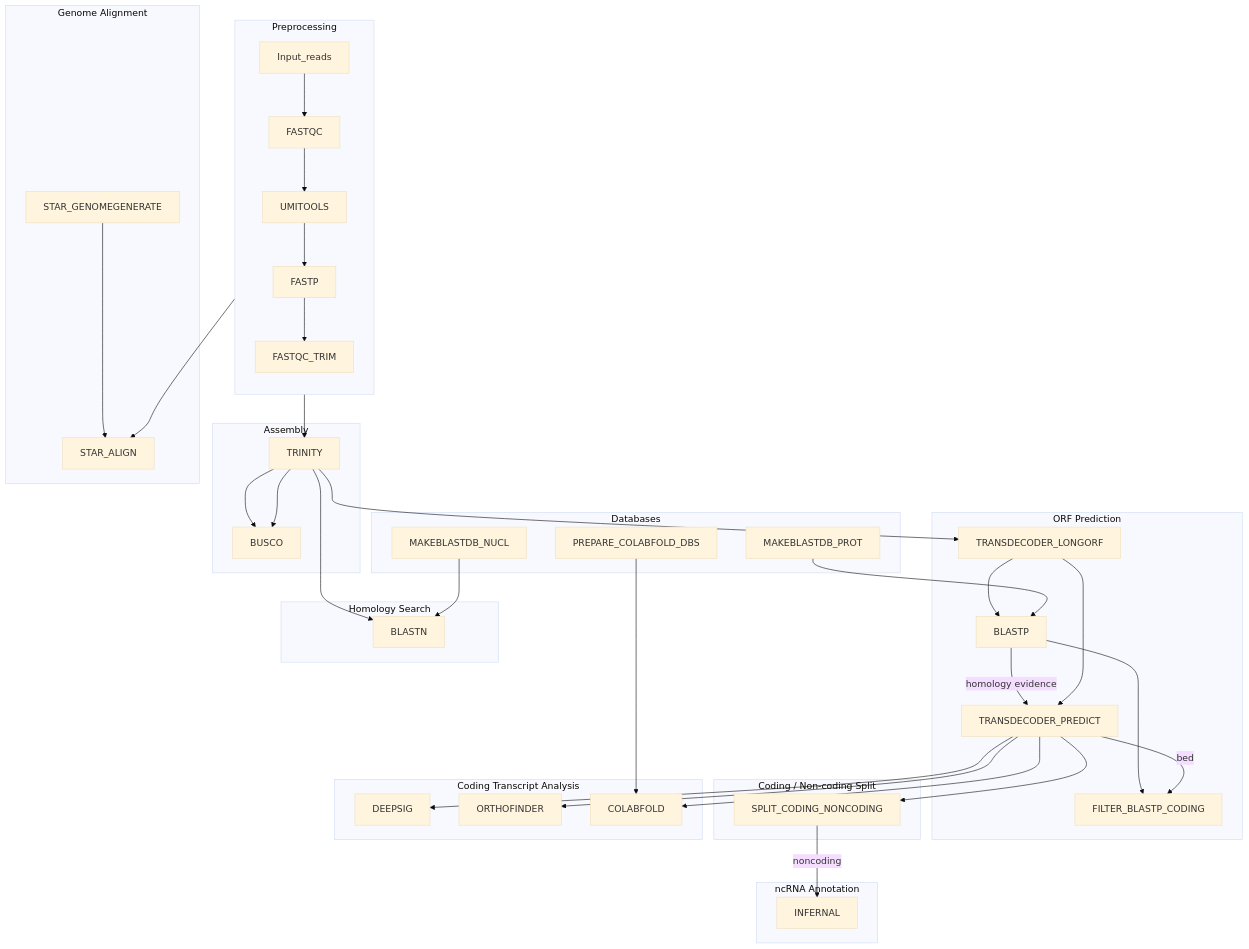
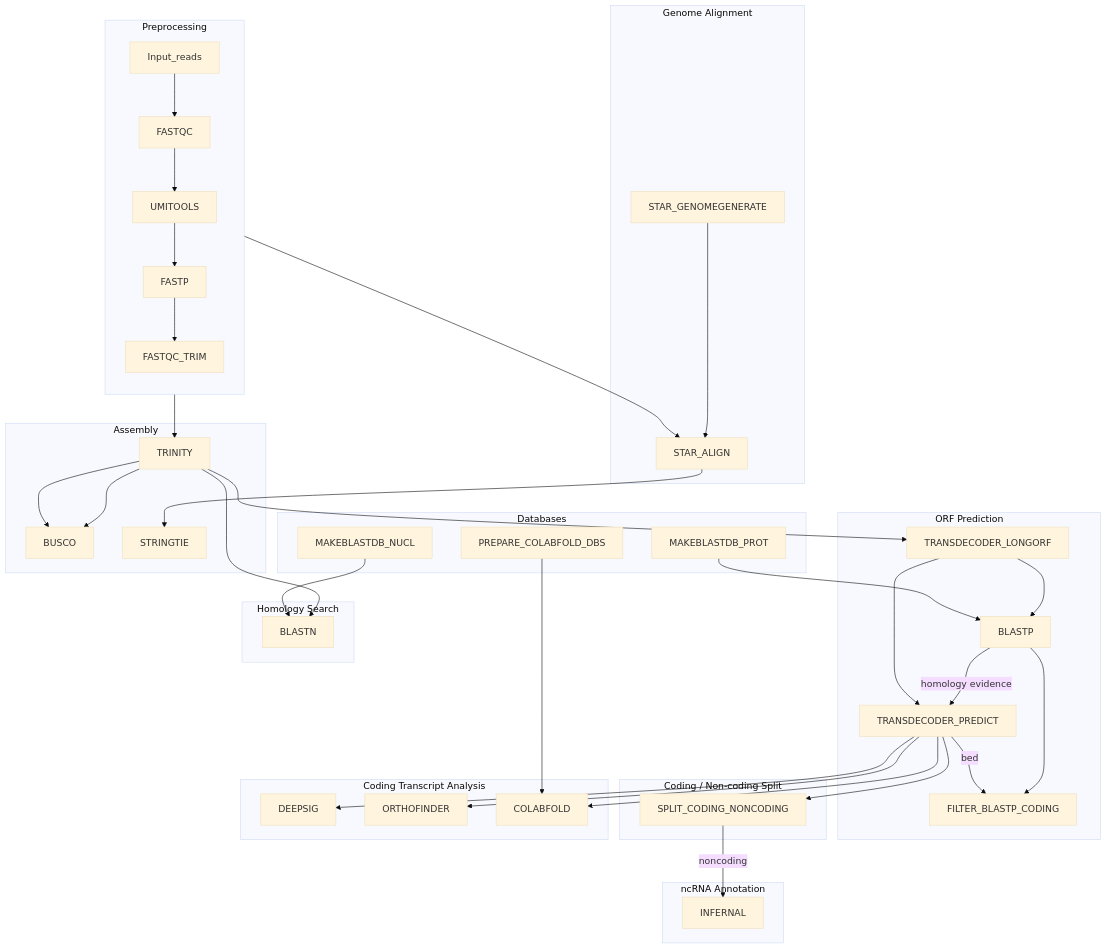
Before and after one commit to EPegueroS/transcriptassembler: the diagram in README.md, drawn with Mermaid (base theme).

Commit message:
included stringtie in pipeline diagram

````diff
--- a/README.md
+++ b/README.md
@@ -22,69 +22,71 @@
 ```mermaid
 graph TD;
     subgraph PRE["Preprocessing"]
         direction TB
         Input_reads --> FASTQC --> UMITOOLS --> FASTP --> FASTQC_TRIM
     end
 
     subgraph ASSEMBLY["Assembly"]
         TRINITY
         BUSCO
+        STRINGTIE
         TRINITY --> BUSCO
     end
 
     subgraph ORF["ORF Prediction"]
         TRANSDECODER_LONGORF --> BLASTP
         BLASTP -->|homology evidence| TRANSDECODER_PREDICT
         TRANSDECODER_LONGORF --> TRANSDECODER_PREDICT
         BLASTP --> FILTER_BLASTP_CODING
         TRANSDECODER_PREDICT -->|bed| FILTER_BLASTP_CODING
     end
 
     subgraph SPLIT["Coding / Non-coding Split"]
         SPLIT_CODING_NONCODING
     end
 
     subgraph NCRNA["ncRNA Annotation"]
         INFERNAL
     end
 
     subgraph CODING["Coding Transcript Analysis"]
         DEEPSIG
         ORTHOFINDER
         COLABFOLD
     end
 
     subgraph HOMOLOGY["Homology Search"]
         BLASTN
     end
 
     subgraph ALIGNMENT["Genome Alignment"]
         STAR_GENOMEGENERATE --> STAR_ALIGN
+        STAR_ALIGN --> STRINGTIE
     end
 
     subgraph DBS["Databases"]
         MAKEBLASTDB_PROT
         MAKEBLASTDB_NUCL
         PREPARE_COLABFOLD_DBS
     end
 
     %% Cross-subgraph edges
     FASTQC_TRIM --> TRINITY
     FASTP --> STAR_ALIGN
 
     TRINITY --> TRANSDECODER_LONGORF
     TRINITY --> BUSCO
     TRINITY --> BLASTN
 
     MAKEBLASTDB_PROT --> BLASTP
     MAKEBLASTDB_NUCL --> BLASTN
 
     TRANSDECODER_PREDICT --> SPLIT_CODING_NONCODING
     TRANSDECODER_PREDICT --> DEEPSIG
     TRANSDECODER_PREDICT --> ORTHOFINDER
     TRANSDECODER_PREDICT --> COLABFOLD
 
     SPLIT_CODING_NONCODING -->|noncoding| INFERNAL
 
     PREPARE_COLABFOLD_DBS --> COLABFOLD
 ```
````
